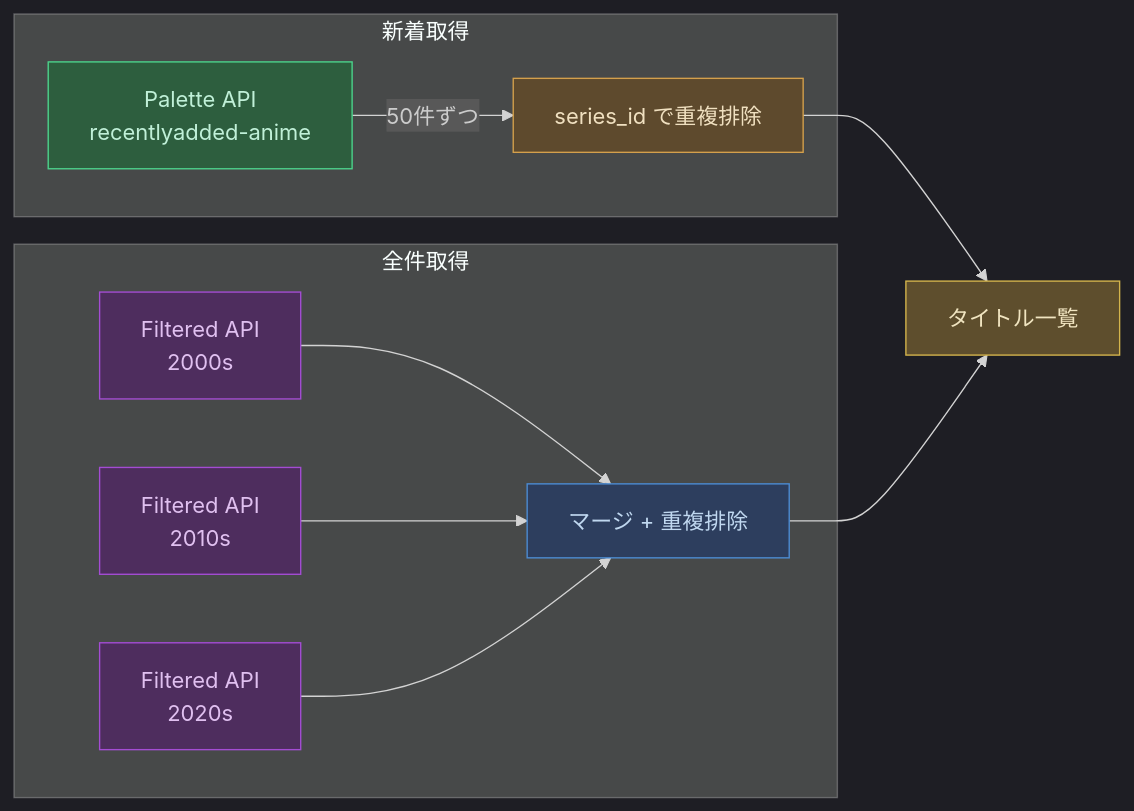
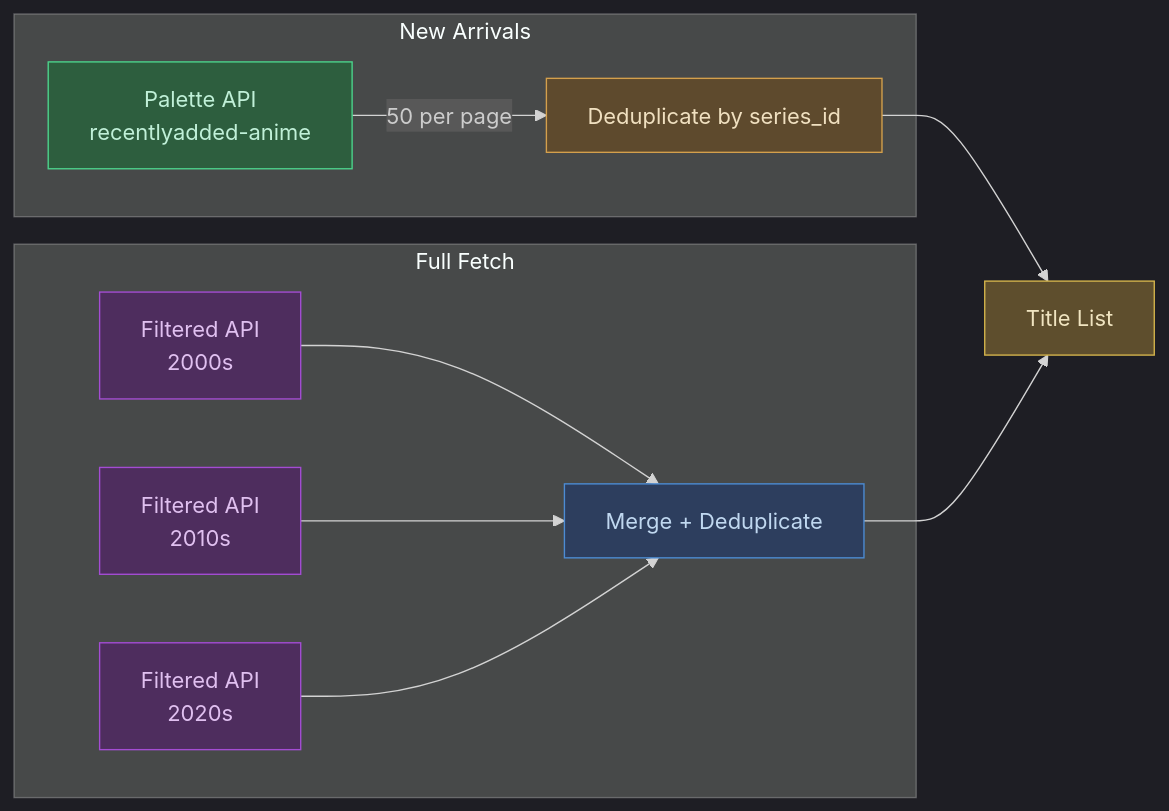
The fourth of 5 diagrams in README.md (tkgstrator/anime-tracker), drawn with Mermaid before and after one commit. The commit also changed other lines of this file and 1 other file, not shown here.

````diff
--- a/README.md
+++ b/README.md
@@ -152,22 +154,22 @@
 ```mermaid
 %%{init: {'theme': 'dark'}}%%
 graph LR
-    subgraph 新着取得
-        Palette["Palette API<br/>recentlyadded-anime"] -->|"50件ずつ"| Dedup["series_id で重複排除"]
+    subgraph New Arrivals
+        Palette["Palette API<br/>recentlyadded-anime"] -->|"50 per page"| Dedup["Deduplicate by series_id"]
     end
-    subgraph 全件取得
-        Filtered2000["Filtered API<br/>2000s"] --> Merge["マージ + 重複排除"]
+    subgraph Full Fetch
+        Filtered2000["Filtered API<br/>2000s"] --> Merge["Merge + Deduplicate"]
         Filtered2010["Filtered API<br/>2010s"] --> Merge
         Filtered2020["Filtered API<br/>2020s"] --> Merge
     end
-    Dedup --> Titles["タイトル一覧"]
+    Dedup --> Titles["Title List"]
     Merge --> Titles
 
     style Palette fill:#2d5e3e,stroke:#4cd48c,color:#c0f0d8
     style Dedup fill:#5e4a2d,stroke:#d4a04c,color:#f0e0c0
     style Filtered2000 fill:#4e2d5e,stroke:#a44cd4,color:#e0c0f0
     style Filtered2010 fill:#4e2d5e,stroke:#a44cd4,color:#e0c0f0
     style Filtered2020 fill:#4e2d5e,stroke:#a44cd4,color:#e0c0f0
     style Merge fill:#2d3e5e,stroke:#4c8cd4,color:#c0d8f0
     style Titles fill:#5e4e2d,stroke:#d4b44c,color:#f0e4c0
 ```
````
